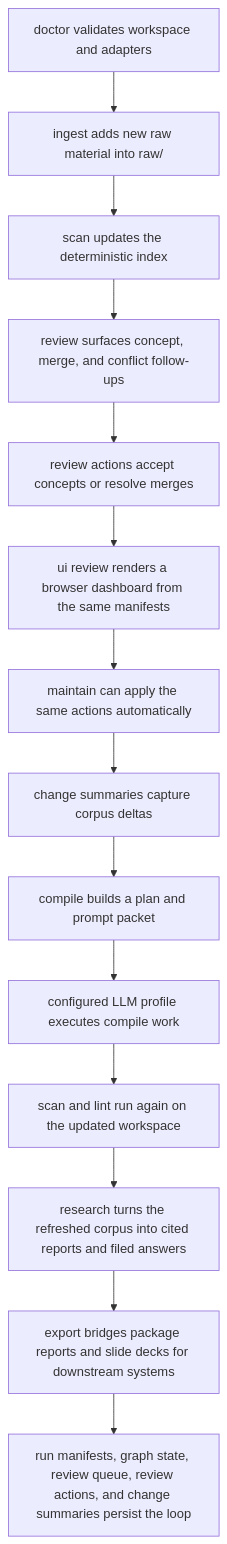
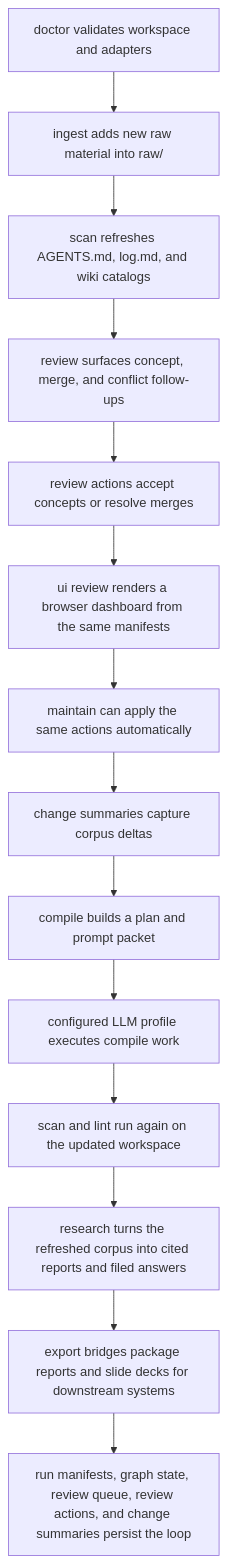
The first of 2 diagrams in docs/operator-workflows.md (shrijacked/Cognisync), drawn with Mermaid before and after one commit. The commit also changed other lines of this file and 2 other files, not shown here.

````diff
--- a/docs/operator-workflows.md
+++ b/docs/operator-workflows.md
@@ -20,16 +21,16 @@
 ```mermaid
 flowchart TD
     A["doctor validates workspace and adapters"] --> B["ingest adds new raw material into raw/"]
-    B --> C["scan updates the deterministic index"]
+    B --> C["scan refreshes AGENTS.md, log.md, and wiki catalogs"]
     C --> D["review surfaces concept, merge, and conflict follow-ups"]
     D --> E["review actions accept concepts or resolve merges"]
     E --> F["ui review renders a browser dashboard from the same manifests"]
     F --> G["maintain can apply the same actions automatically"]
     G --> H["change summaries capture corpus deltas"]
     H --> I["compile builds a plan and prompt packet"]
     I --> J["configured LLM profile executes compile work"]
     J --> K["scan and lint run again on the updated workspace"]
     K --> L["research turns the refreshed corpus into cited reports and filed answers"]
     L --> M["export bridges package reports and slide decks for downstream systems"]
     M --> N["run manifests, graph state, review queue, review actions, and change summaries persist the loop"]
 ```
````
